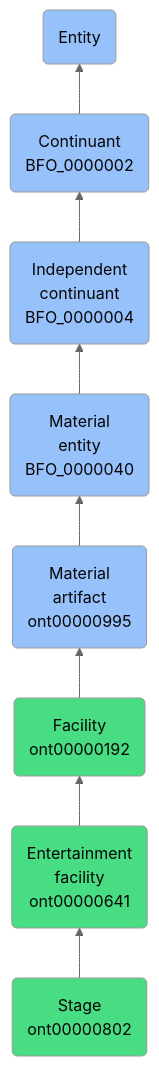
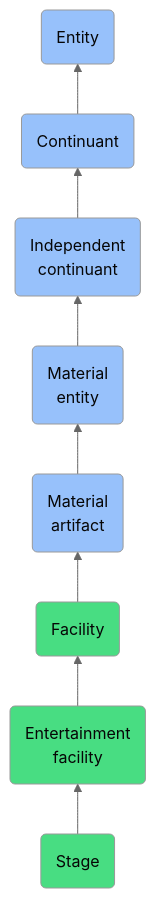
The diagram in docs/ontology/reference/model/Entity/Continuant/Independent continuant/Material entity/Material artifact/Facility/Entertainment facility/Stage/Stage.md (jupyter-naas/abi), drawn with Mermaid (neutral theme) before and after one commit. The commit also changed other lines of this file and 1430 other files, not shown here.

````diff
--- a/docs/ontology/reference/model/Entity/Continuant/Independent continuant/Material entity/Material artifact/Facility/Entertainment facility/Stage/Stage.md
+++ b/docs/ontology/reference/model/Entity/Continuant/Independent continuant/Material entity/Material artifact/Facility/Entertainment facility/Stage/Stage.md
@@ -24,15 +24,15 @@
 ```mermaid
 graph BT
-    ont00000802(Stage<br>ont00000802):::ABI-->ont00000641
-    ont00000641(Entertainment<br>facility<br>ont00000641):::ABI-->ont00000192
-    ont00000192(Facility<br>ont00000192):::ABI-->ont00000995
-    ont00000995(Material<br>artifact<br>ont00000995):::BFO-->BFO_0000040
-    BFO_0000040(Material<br>entity<br>BFO_0000040):::BFO-->BFO_0000004
-    BFO_0000004(Independent<br>continuant<br>BFO_0000004):::BFO-->BFO_0000002
-    BFO_0000002(Continuant<br>BFO_0000002):::BFO-->BFO_0000001
+    ont00000802(Stage):::ABI-->ont00000641
+    ont00000641(Entertainment<br>facility):::ABI-->ont00000192
+    ont00000192(Facility):::ABI-->ont00000995
+    ont00000995(Material<br>artifact):::BFO-->BFO_0000040
+    BFO_0000040(Material<br>entity):::BFO-->BFO_0000004
+    BFO_0000004(Independent<br>continuant):::BFO-->BFO_0000002
+    BFO_0000002(Continuant):::BFO-->BFO_0000001
     BFO_0000001(Entity):::BFO
     
     classDef BFO fill:#97c1fb,color:#060606
     classDef CCO fill:#e4c51e,color:#060606
     classDef ABI fill:#48DD82,color:#060606
 ```
````
